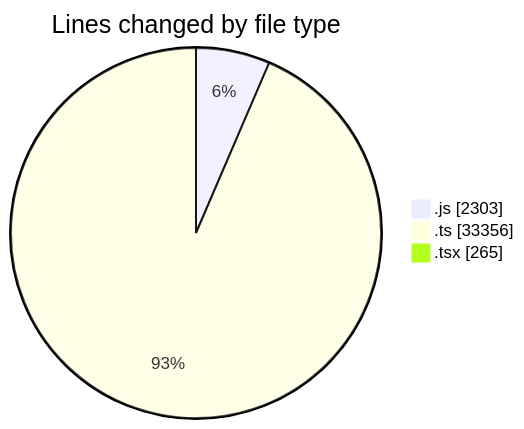
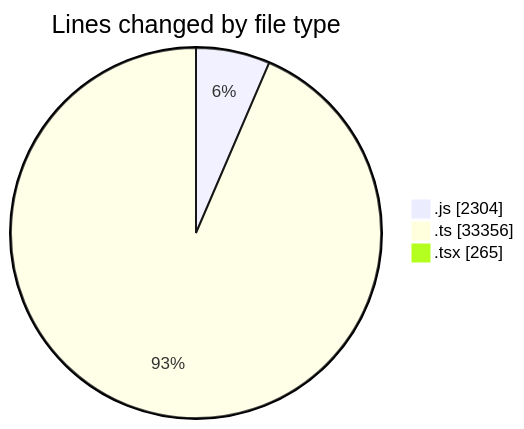
The first of 2 diagrams in 2026-02-09/cda/README.md (momahboobian/code-tracking), drawn with Mermaid before and after one commit. The commit also changed other lines of this file and 1 other file, not shown here.

````diff
--- a/2026-02-09/cda/README.md
+++ b/2026-02-09/cda/README.md
@@ -37,7 +37,7 @@
 ```mermaid
 pie showData
 title Lines changed by file type
-".js" : 2303
+".js" : 2304
 ".ts" : 33356
 ".tsx" : 265
 ```
````
